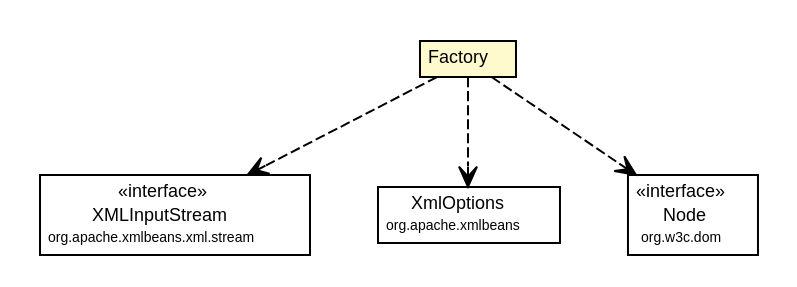
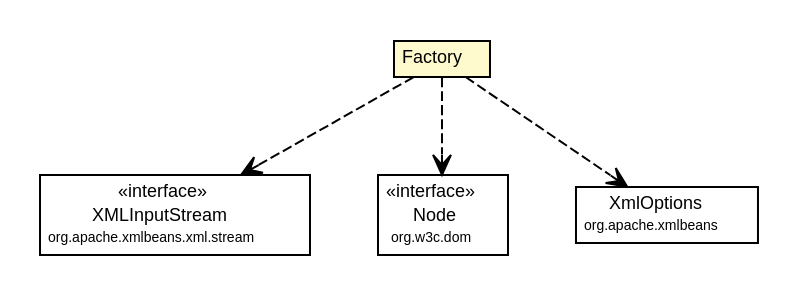
The diagram in site/apidocs/org/synchronoss/cpo/util/cpoUtilConfig/CtProtectedClasses.Factory.dot (synchronoss/cpo-util), drawn with Graphviz before and after one commit. The commit also changed 298 other files, not shown here.

Commit message:
Creating site for cpoUtil, 5.1.1-SNAPSHOT

```diff
--- a/site/apidocs/org/synchronoss/cpo/util/cpoUtilConfig/CtProtectedClasses.Factory.dot
+++ b/site/apidocs/org/synchronoss/cpo/util/cpoUtilConfig/CtProtectedClasses.Factory.dot
@@ -1,45 +1,45 @@
 #!/usr/local/bin/dot
 #
 # Class diagram 
 # Generated by UmlGraph version 4.6 (http://www.spinellis.gr/sw/umlgraph)
 #
 
 digraph G {
 	edge [fontname="Helvetica",fontsize=10,labelfontname="Helvetica",labelfontsize=10];
 	node [fontname="Helvetica",fontsize=10,shape=plaintext];
 	// org.synchronoss.cpo.util.cpoUtilConfig.CtProtectedClasses.Factory
 	c5294 [label=<<table border="0" cellborder="1" cellspacing="0" cellpadding="2" port="p" bgcolor="lemonChiffon" href="./CtProtectedClasses.Factory.html">
 		<tr><td><table border="0" cellspacing="0" cellpadding="1">
 			<tr><td> Factory </td></tr>
 		</table></td></tr>
 		</table>>, fontname="Helvetica", fontcolor="black", fontsize=9.0];
 	// org.synchronoss.cpo.util.cpoUtilConfig.CtProtectedClasses.Factory DEPEND org.apache.xmlbeans.xml.stream.XMLInputStream
 	c5294:p -> c5303:p [taillabel="", label="", headlabel="", fontname="Helvetica", fontcolor="black", fontsize=10.0, color="black", arrowhead=open, style=dashed];
+	// org.synchronoss.cpo.util.cpoUtilConfig.CtProtectedClasses.Factory DEPEND org.w3c.dom.Node
+	c5294:p -> c5304:p [taillabel="", label="", headlabel="", fontname="Helvetica", fontcolor="black", fontsize=10.0, color="black", arrowhead=open, style=dashed];
 	// org.synchronoss.cpo.util.cpoUtilConfig.CtProtectedClasses.Factory DEPEND org.apache.xmlbeans.XmlOptions
-	c5294:p -> c5304:p [taillabel="", label="", headlabel="", fontname="Helvetica", fontcolor="black", fontsize=10.0, color="black", arrowhead=open, style=dashed];
-	// org.synchronoss.cpo.util.cpoUtilConfig.CtProtectedClasses.Factory DEPEND org.w3c.dom.Node
 	c5294:p -> c5305:p [taillabel="", label="", headlabel="", fontname="Helvetica", fontcolor="black", fontsize=10.0, color="black", arrowhead=open, style=dashed];
 	// org.apache.xmlbeans.xml.stream.XMLInputStream
 	c5303 [label=<<table border="0" cellborder="1" cellspacing="0" cellpadding="2" port="p" href="http://java.sun.com/j2se/1.4.2/docs/api/org/apache/xmlbeans/xml/stream/XMLInputStream.html">
 		<tr><td><table border="0" cellspacing="0" cellpadding="1">
 			<tr><td> &laquo;interface&raquo; </td></tr>
 			<tr><td> XMLInputStream </td></tr>
 			<tr><td><font point-size="7.0"> org.apache.xmlbeans.xml.stream </font></td></tr>
 		</table></td></tr>
 		</table>>, fontname="Helvetica", fontcolor="black", fontsize=9.0];
 	// org.w3c.dom.Node
-	c5305 [label=<<table border="0" cellborder="1" cellspacing="0" cellpadding="2" port="p" href="http://java.sun.com/j2se/1.4.2/docs/api/org/w3c/dom/Node.html">
+	c5304 [label=<<table border="0" cellborder="1" cellspacing="0" cellpadding="2" port="p" href="http://java.sun.com/j2se/1.4.2/docs/api/org/w3c/dom/Node.html">
 		<tr><td><table border="0" cellspacing="0" cellpadding="1">
 			<tr><td> &laquo;interface&raquo; </td></tr>
 			<tr><td> Node </td></tr>
 			<tr><td><font point-size="7.0"> org.w3c.dom </font></td></tr>
 		</table></td></tr>
 		</table>>, fontname="Helvetica", fontcolor="black", fontsize=9.0];
 	// org.apache.xmlbeans.XmlOptions
-	c5304 [label=<<table border="0" cellborder="1" cellspacing="0" cellpadding="2" port="p" href="http://java.sun.com/j2se/1.4.2/docs/api/org/apache/xmlbeans/XmlOptions.html">
+	c5305 [label=<<table border="0" cellborder="1" cellspacing="0" cellpadding="2" port="p" href="http://java.sun.com/j2se/1.4.2/docs/api/org/apache/xmlbeans/XmlOptions.html">
 		<tr><td><table border="0" cellspacing="0" cellpadding="1">
 			<tr><td> XmlOptions </td></tr>
 			<tr><td><font point-size="7.0"> org.apache.xmlbeans </font></td></tr>
 		</table></td></tr>
 		</table>>, fontname="Helvetica", fontcolor="black", fontsize=9.0];
 }
```
